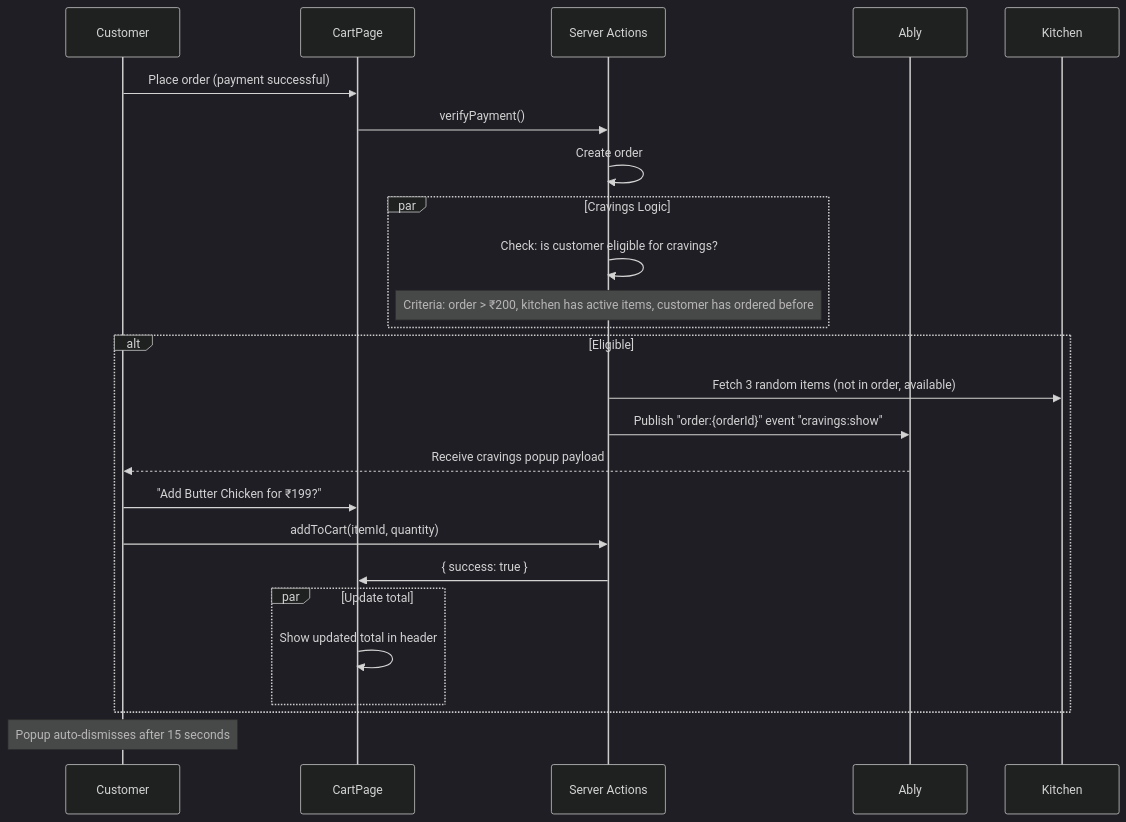
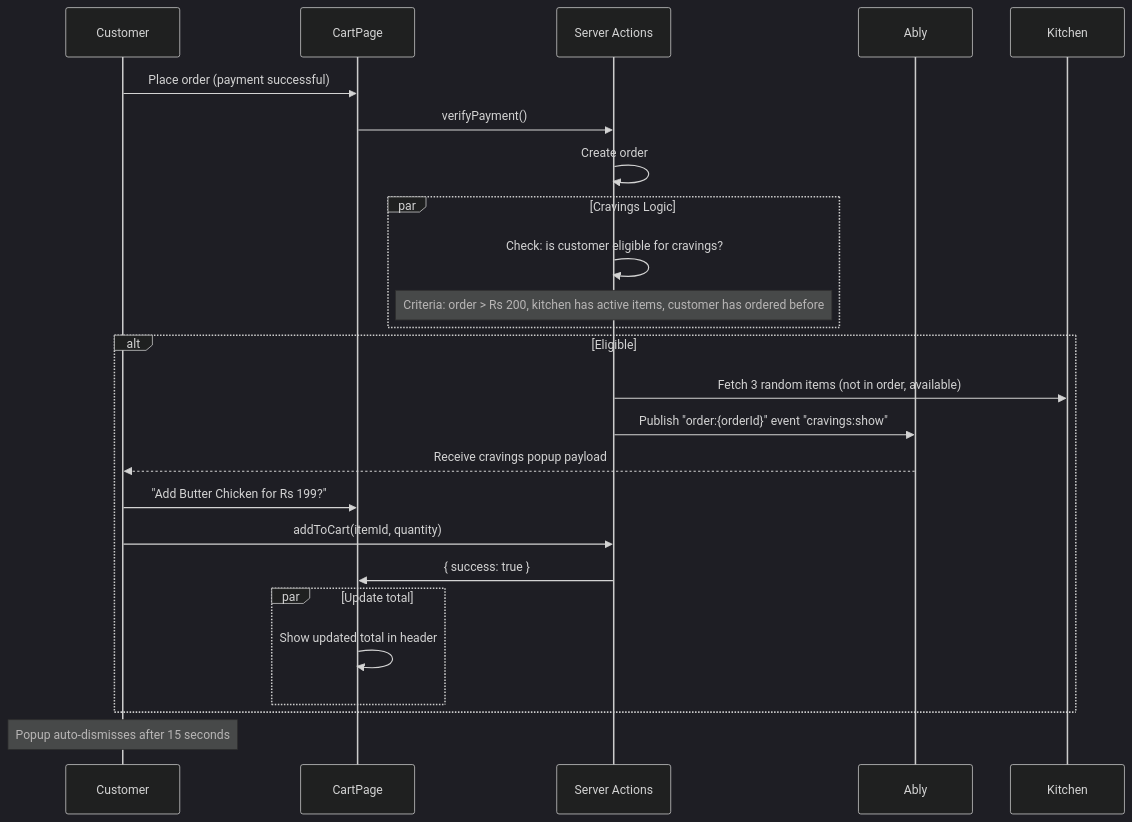
One commit to dharshan47/rrckitchen changed the third of 3 diagrams in docs/09-real-time-system.md. Above: the diagram before and after it, drawn with Mermaid (dark theme). The commit also changed other lines of this file and 273 other files, not shown here.

````diff
--- a/docs/09-real-time-system.md
+++ b/docs/09-real-time-system.md
@@ -318,33 +315,33 @@
 ```mermaid
 sequenceDiagram
     participant Customer
     participant CartPage
     participant Action as Server Actions
     participant Ably
     participant Kitchen
 
     Customer->>CartPage: Place order (payment successful)
     CartPage->>Action: verifyPayment()
     Action->>Action: Create order
 
     par Cravings Logic
         Action->>Action: Check: is customer eligible for cravings?
-        Note over Action: Criteria: order > ₹200, kitchen has active items, customer has ordered before
+        Note over Action: Criteria: order > Rs 200, kitchen has active items, customer has ordered before
     end
 
     alt Eligible
         Action->>Kitchen: Fetch 3 random items (not in order, available)
         Action->>Ably: Publish "order:{orderId}" event "cravings:show"
         Ably-->>Customer: Receive cravings popup payload
 
-        Customer->>CartPage: "Add Butter Chicken for ₹199?"
+        Customer->>CartPage: "Add Butter Chicken for Rs 199?"
         Customer->>Action: addToCart(itemId, quantity)
         Action->>CartPage: { success: true }
 
         par Update total
             CartPage->>CartPage: Show updated total in header
         end
     end
 
     Note over Customer: Popup auto-dismisses after 15 seconds
 ```
````
